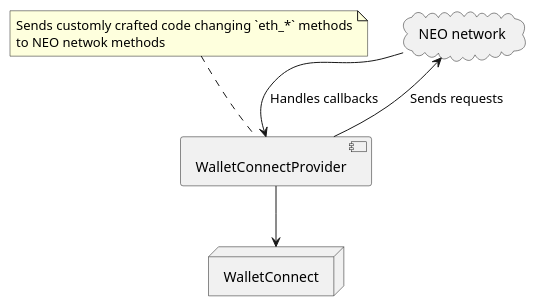
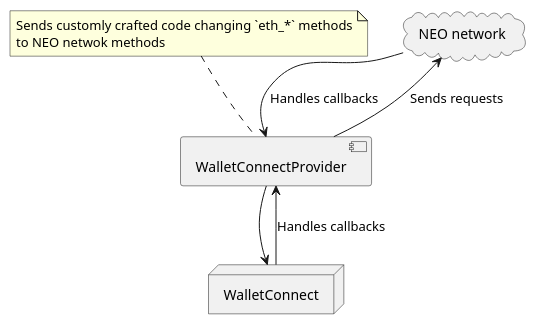
Before and after one commit to aahutsal/neo-walletconnect: the diagram in README.org, drawn with PlantUML. The commit also changed other lines of this file and 2 other files, not shown here.

```diff
--- a/README.org
+++ b/README.org
@@ -14,19 +14,20 @@
 #+begin_src plantuml :file docs/research_infra.png :exports results
 together {
 cloud "NEO network" as NEONetwork {
 
 }
 
 node "WalletConnect" as WalletConnect {
 
 }
 
 [WalletConnectProvider] as WalletConnectProvider
  
 WalletConnectProvider --> NEONetwork: Sends requests
 NEONetwork --> WalletConnectProvider: Handles callbacks
 WalletConnectProvider --> WalletConnect
+WalletConnect --> WalletConnectProvider: Handles callbacks
 
 note top of (WalletConnectProvider): Sends customly crafted code changing `eth_*` methods\nto NEO netwok methods
 }
 #+end_src
```
